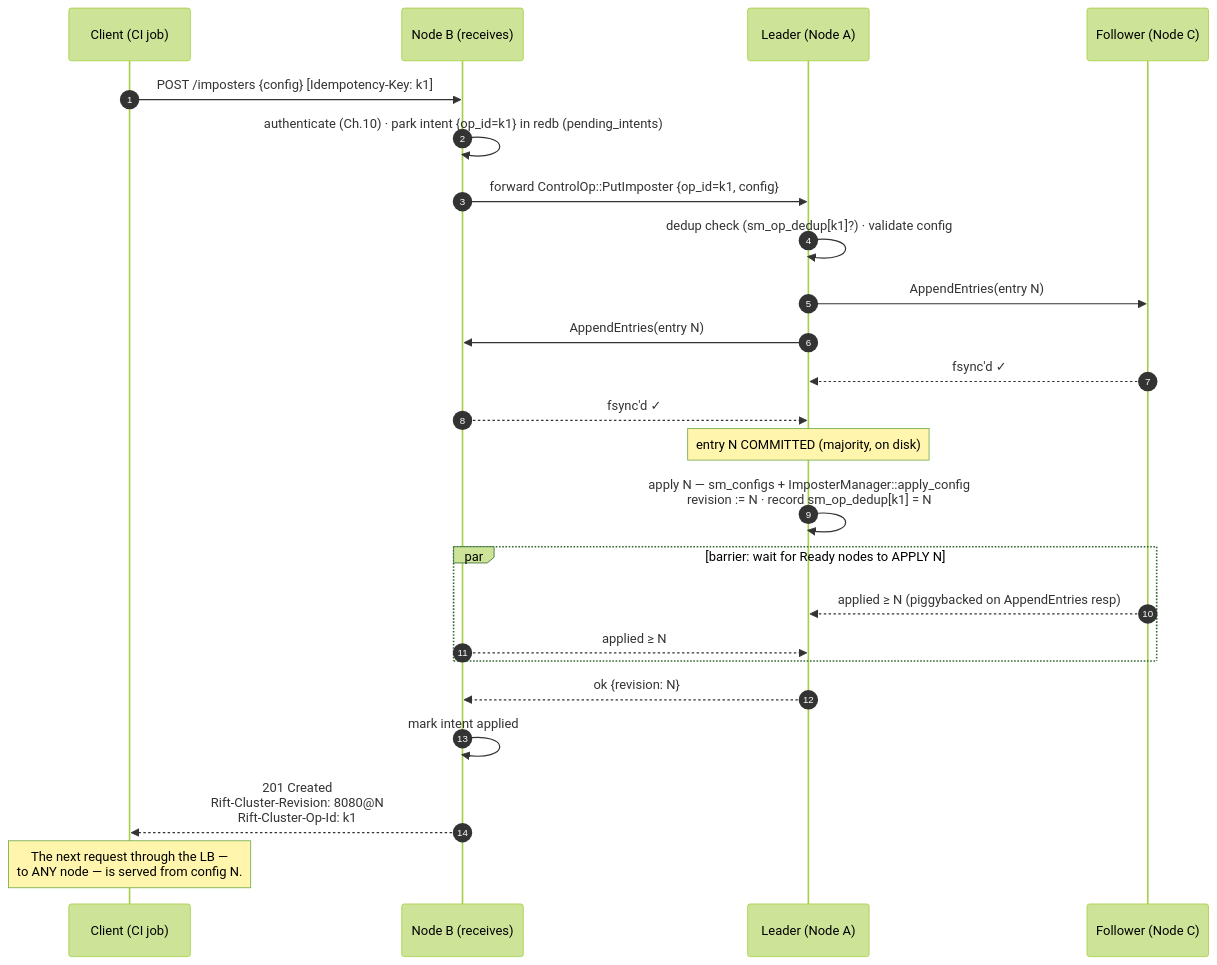
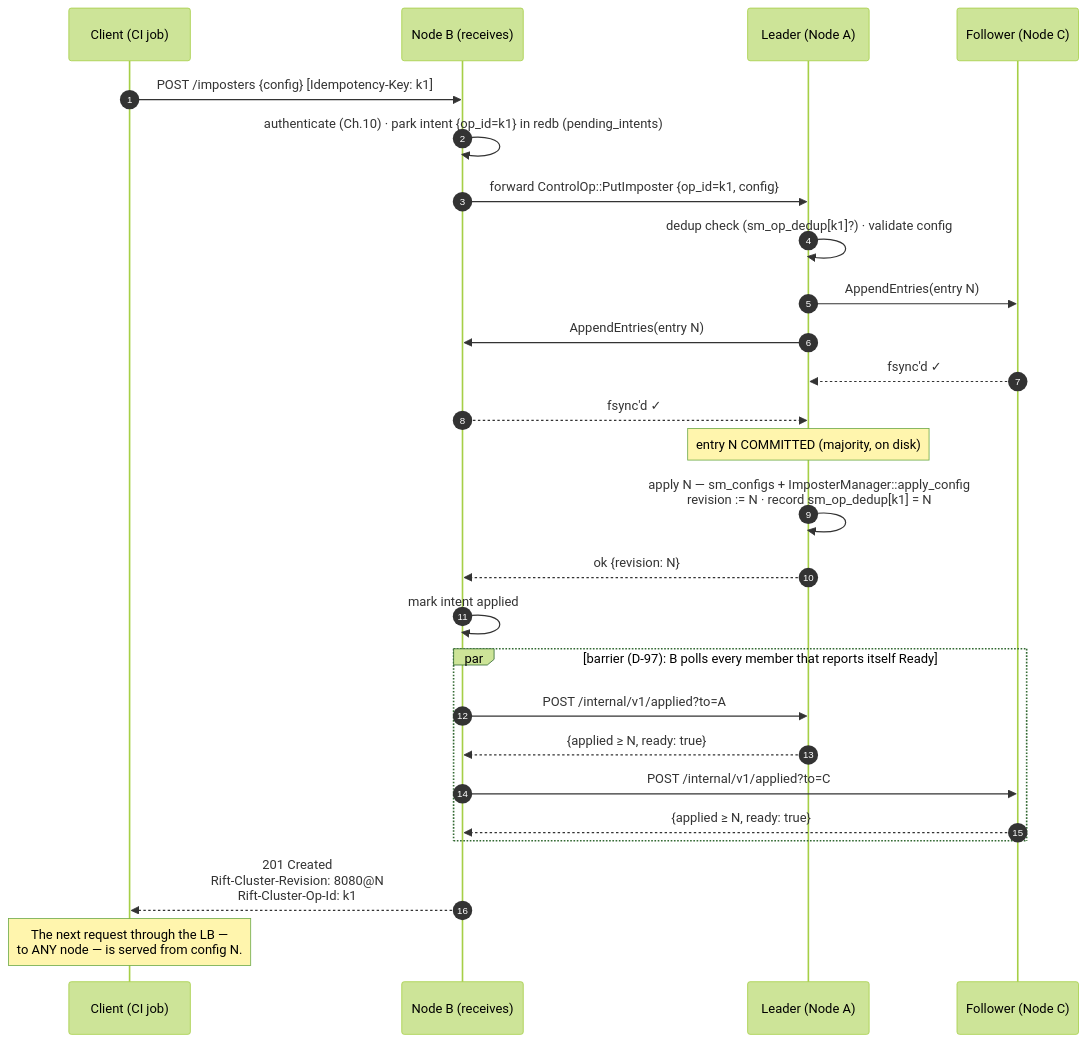
The diagram in docs/architecture/04-write-path.md (achird-labs/rift-cluster), drawn with Mermaid (forest theme) before and after one commit. The commit also changed other lines of this file and 25 other files, not shown here.

````diff
--- a/docs/architecture/04-write-path.md
+++ b/docs/architecture/04-write-path.md
@@ -12,27 +12,29 @@
 ```mermaid
 sequenceDiagram
     autonumber
     participant C as Client (CI job)
     participant B as Node B (receives)
     participant L as Leader (Node A)
     participant F as Follower (Node C)
 
     C->>B: POST /imposters {config}  [Idempotency-Key: k1]
     B->>B: authenticate (Ch.10) · park intent {op_id=k1} in redb (pending_intents)
     B->>L: forward ControlOp::PutImposter {op_id=k1, config}
     L->>L: dedup check (sm_op_dedup[k1]?) · validate config
     L->>F: AppendEntries(entry N)
     L->>B: AppendEntries(entry N)
     F-->>L: fsync'd ✓
     B-->>L: fsync'd ✓
     Note over L: entry N COMMITTED (majority, on disk)
     L->>L: apply N — sm_configs + ImposterManager::apply_config<br/>revision := N · record sm_op_dedup[k1] = N
-    par barrier: wait for Ready nodes to APPLY N
-        F-->>L: applied ≥ N (piggybacked on AppendEntries resp)
-        B-->>L: applied ≥ N
-    end
     L-->>B: ok {revision: N}
     B->>B: mark intent applied
+    par barrier (D-97): B polls every member that reports itself Ready
+        B->>L: POST /internal/v1/applied?to=A
+        L-->>B: {applied ≥ N, ready: true}
+        B->>F: POST /internal/v1/applied?to=C
+        F-->>B: {applied ≥ N, ready: true}
+    end
     B-->>C: 201 Created<br/>Rift-Cluster-Revision: 8080@N<br/>Rift-Cluster-Op-Id: k1
     Note over C: The next request through the LB —<br/>to ANY node — is served from config N.
 ```
````
